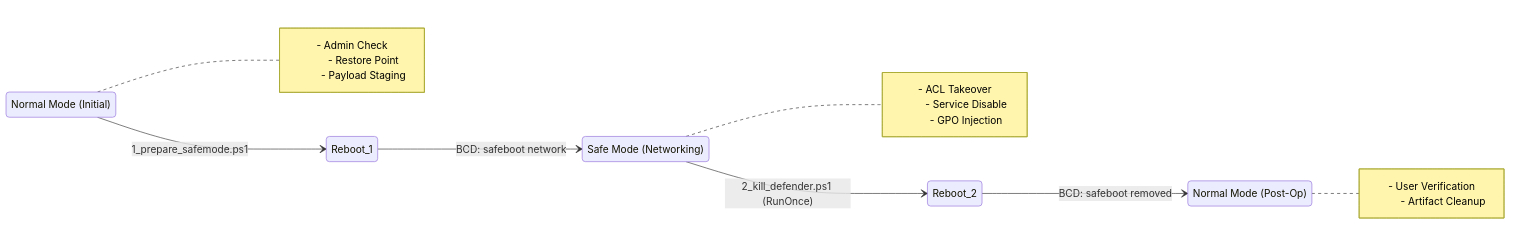
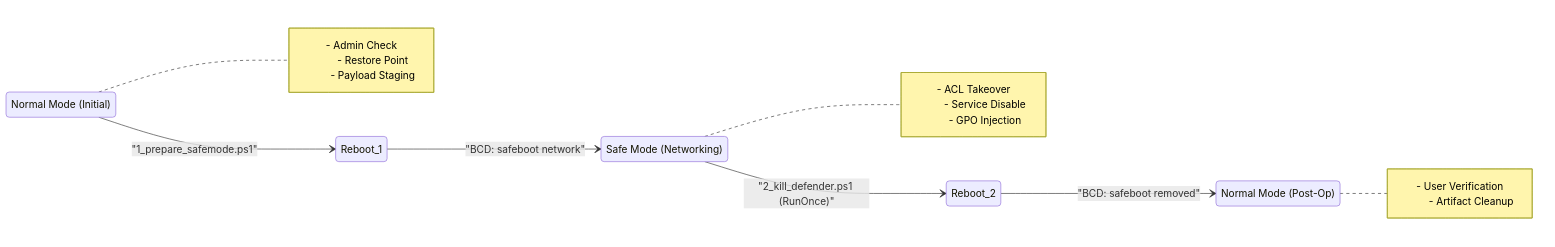
Before and after one commit to FeelTheFonk/killSlop: the first of 3 diagrams in README.md, drawn with Mermaid. The commit also changed other lines of this file, not shown here.

Commit message:
better diagrams

````diff
--- a/README.md
+++ b/README.md
@@ -16,30 +16,30 @@
 ```mermaid
 stateDiagram-v2
     direction LR
     
     state "Normal Mode (Initial)" as NM1
     state "Safe Mode (Networking)" as SM
     state "Normal Mode (Post-Op)" as NM2
     
-    NM1 --> Reboot_1: 1_prepare_safemode.ps1
-    Reboot_1 --> SM: BCD: safeboot network
-    SM --> Reboot_2: 2_kill_defender.ps1 (RunOnce)
-    Reboot_2 --> NM2: BCD: safeboot removed
+    NM1 --> Reboot_1: "1_prepare_safemode.ps1"
+    Reboot_1 --> SM: "BCD: safeboot network"
+    SM --> Reboot_2: "2_kill_defender.ps1 (RunOnce)"
+    Reboot_2 --> NM2: "BCD: safeboot removed"
     
     note right of NM1
         - Admin Check
         - Restore Point
         - Payload Staging
     end note
     
     note right of SM
         - ACL Takeover
         - Service Disable
         - GPO Injection
     end note
     
     note right of NM2
         - User Verification
         - Artifact Cleanup
     end note
 ```
````
